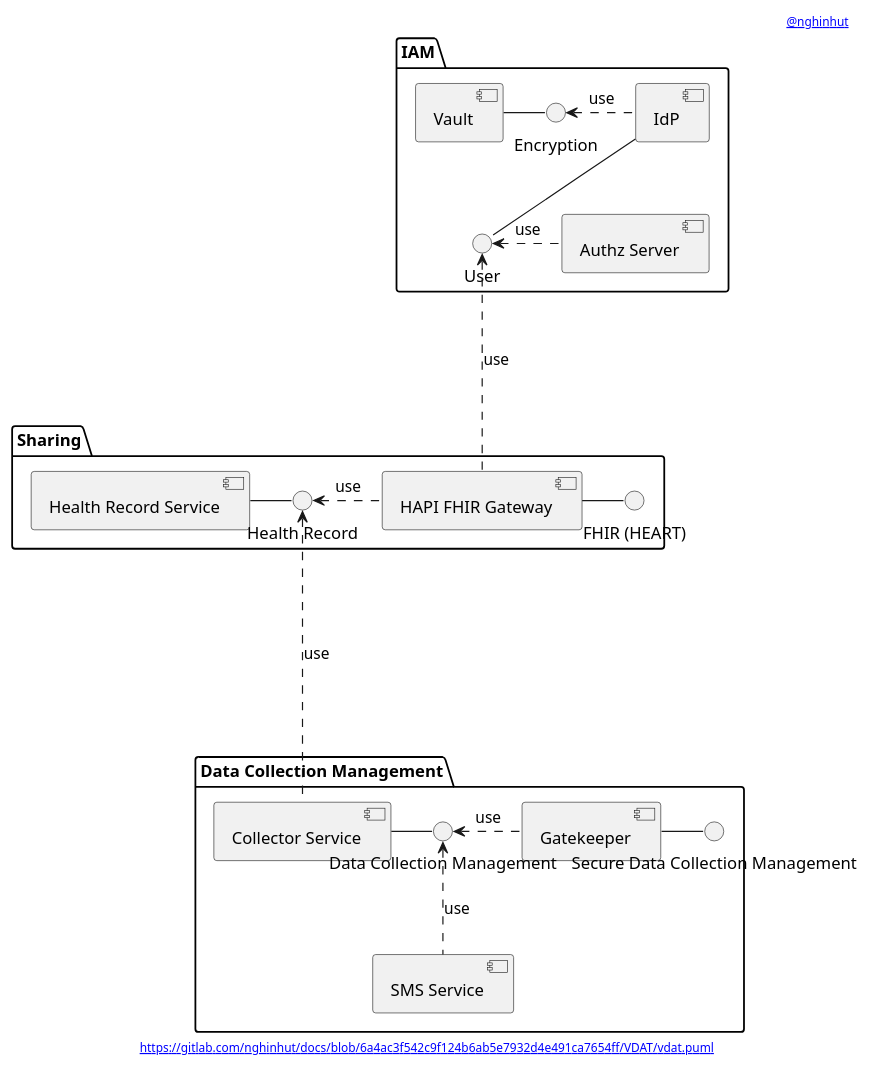
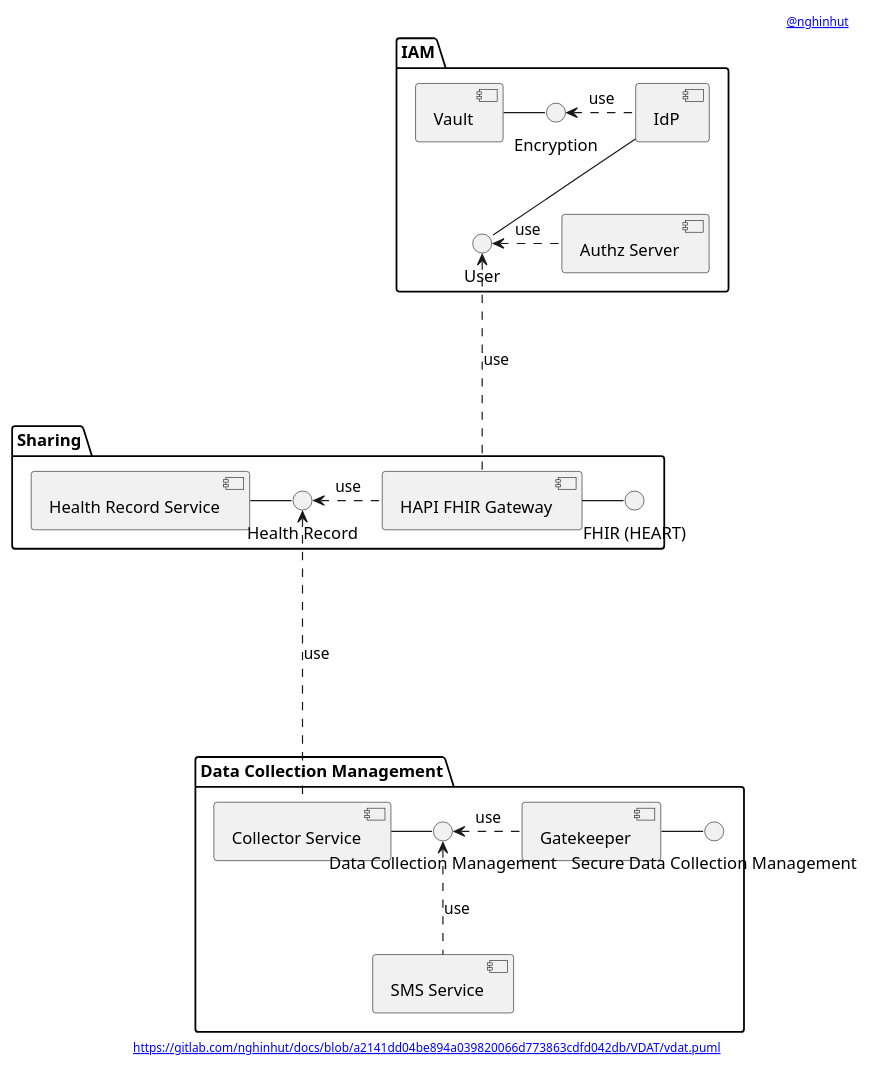
Before and after one commit to nghinhut/docs: the diagram in VDAT/vdat.component.puml, drawn with PlantUML. The commit also changed 17 other files, not shown here.

Commit message:
Update diagrams

```diff
--- a/VDAT/vdat.component.puml
+++ b/VDAT/vdat.component.puml
@@ -1,60 +1,60 @@
 @startuml
 '-----START auto generated metadata please keep comment here to allow auto update-----
 '-----DON'T EDIT THIS SECTION, INSTEAD RE-RUN prebuild.sh TO UPDATE-----
-header [[www.nghinhut.dev?from=https%5C%3A%5C%2F%5C%2Fgitlab%5C.com%5C%2Fnghinhut%5C%2Fdocs%5C%2Fblob%5C%2F6a4ac3f542c9f124b6ab5e7932d4e491ca7654ff%5C%2FVDAT%5C%2Fvdat%5C.puml%0A @nghinhut]]
-footer [[http://www.plantuml.com/plantuml/proxy?fmt=svg&src=https://gitlab.com/nghinhut/docs/raw/6a4ac3f542c9f124b6ab5e7932d4e491ca7654ff/VDAT/vdat.puml https://gitlab.com/nghinhut/docs/blob/6a4ac3f542c9f124b6ab5e7932d4e491ca7654ff/VDAT/vdat.puml]]
+header [[https://www.nghinhut.dev?from=http%5C%3A%5C%2F%5C%2Fwww%5C.plantuml%5C.com%5C%2Fplantuml%5C%2Fproxy%3Ffmt%3Dsvg%5C%26src%3Dhttps%5C%3A%5C%2F%5C%2Fgitlab%5C.com%5C%2Fnghinhut%5C%2Fdocs%5C%2Fraw%5C%2Fa2141dd04be894a039820066d773863cdfd042db%5C%2FVDAT%5C%2Fvdat%5C.puml%0A @nghinhut]]
+footer [[http://www.plantuml.com/plantuml/proxy?fmt=svg&src=https://gitlab.com/nghinhut/docs/raw/a2141dd04be894a039820066d773863cdfd042db/VDAT/vdat.puml https://gitlab.com/nghinhut/docs/blob/a2141dd04be894a039820066d773863cdfd042db/VDAT/vdat.puml]]
 '-----END auto generated metadata please keep comment here to allow auto update-----
 
 package "IAM" {
     component "Authz Server" as as
     component Vault as vault
     component IdP as idp
 
 '    interface "OAuth2 Authentication" as IOAuth2Authentication
 '    interface "UMA2 Authorization" as IUMA2Authorization
 '    as -- IOAuth2Authentication
 '    as -- IUMA2Authorization
     interface "Encryption" as IEncrypt
     interface "User" as IUser
 }
 
 package "Sharing" {
     component "Health Record Service" as record
     interface "Health Record" as IHealthRecord
     component "HAPI FHIR Gateway" as fhir
     interface "FHIR (HEART)" as IFHIR
 }
 
 package "Data Collection Management" {
     component "Collector Service" as collector
     component "SMS Service" as sms
     component "Gatekeeper" as collector_gatekeeper
     interface "Data Collection Management" as IDataCollectionManagement
     interface "Secure Data Collection Management" as ISecureDataCollectionManagement
 }
 
 
 
 
 
 
 vault - IEncrypt
 IEncrypt <. idp : use
 idp -- IUser
 IUser <. as : use
 IUser <... fhir : use
 
 
 record - IHealthRecord
 IHealthRecord <. fhir : use
 fhir - IFHIR
 IHealthRecord <.... collector : use
 
 
 collector - IDataCollectionManagement
 IDataCollectionManagement <. collector_gatekeeper : use
 collector_gatekeeper - ISecureDataCollectionManagement
 
 IDataCollectionManagement <.. sms : use
 
 @enduml
```
